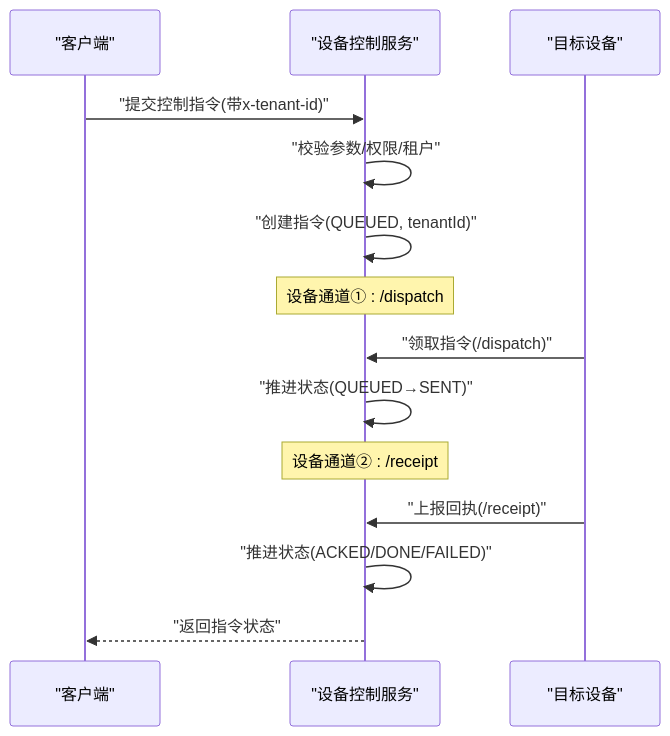
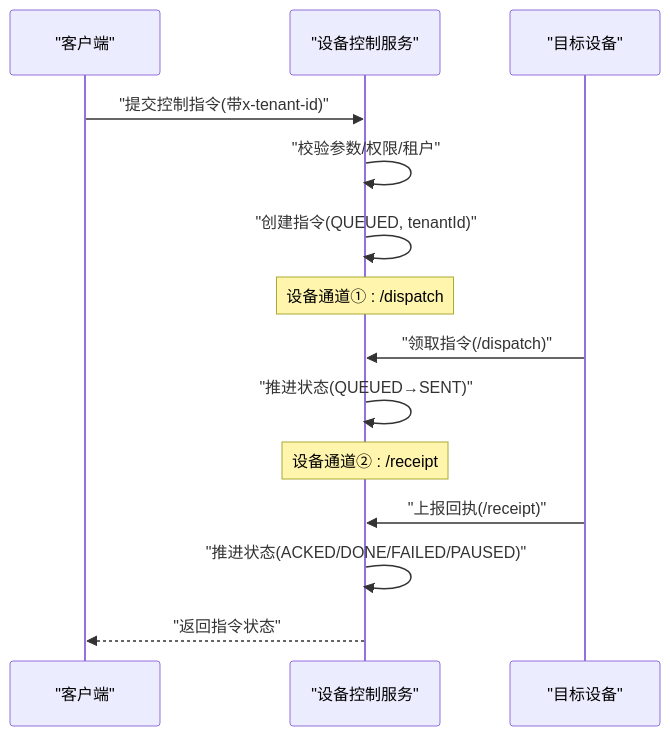
Before and after one commit to q446328246/agri-platform: the tenth of 39 diagrams in .qoder/repowiki/zh/content/核心服务文档/其他业务服务.md, drawn with Mermaid. The commit also changed other lines of this file and 46 other files, not shown here.

````diff
--- a/.qoder/repowiki/zh/content/核心服务文档/其他业务服务.md
+++ b/.qoder/repowiki/zh/content/核心服务文档/其他业务服务.md
@@ -361,16 +410,16 @@
 ```mermaid
 sequenceDiagram
 participant C as "客户端"
 participant CS as "设备控制服务"
 participant DEV as "目标设备"
 C->>CS : "提交控制指令(带x-tenant-id)"
 CS->>CS : "校验参数/权限/租户"
 CS->>CS : "创建指令(QUEUED, tenantId)"
 Note over CS : 设备通道① : /dispatch
 DEV->>CS : "领取指令(/dispatch)"
 CS->>CS : "推进状态(QUEUED→SENT)"
 Note over CS : 设备通道② : /receipt
 DEV->>CS : "上报回执(/receipt)"
-CS->>CS : "推进状态(ACKED/DONE/FAILED)"
+CS->>CS : "推进状态(ACKED/DONE/FAILED/PAUSED)"
 CS-->>C : "返回指令状态"
 ```
````
